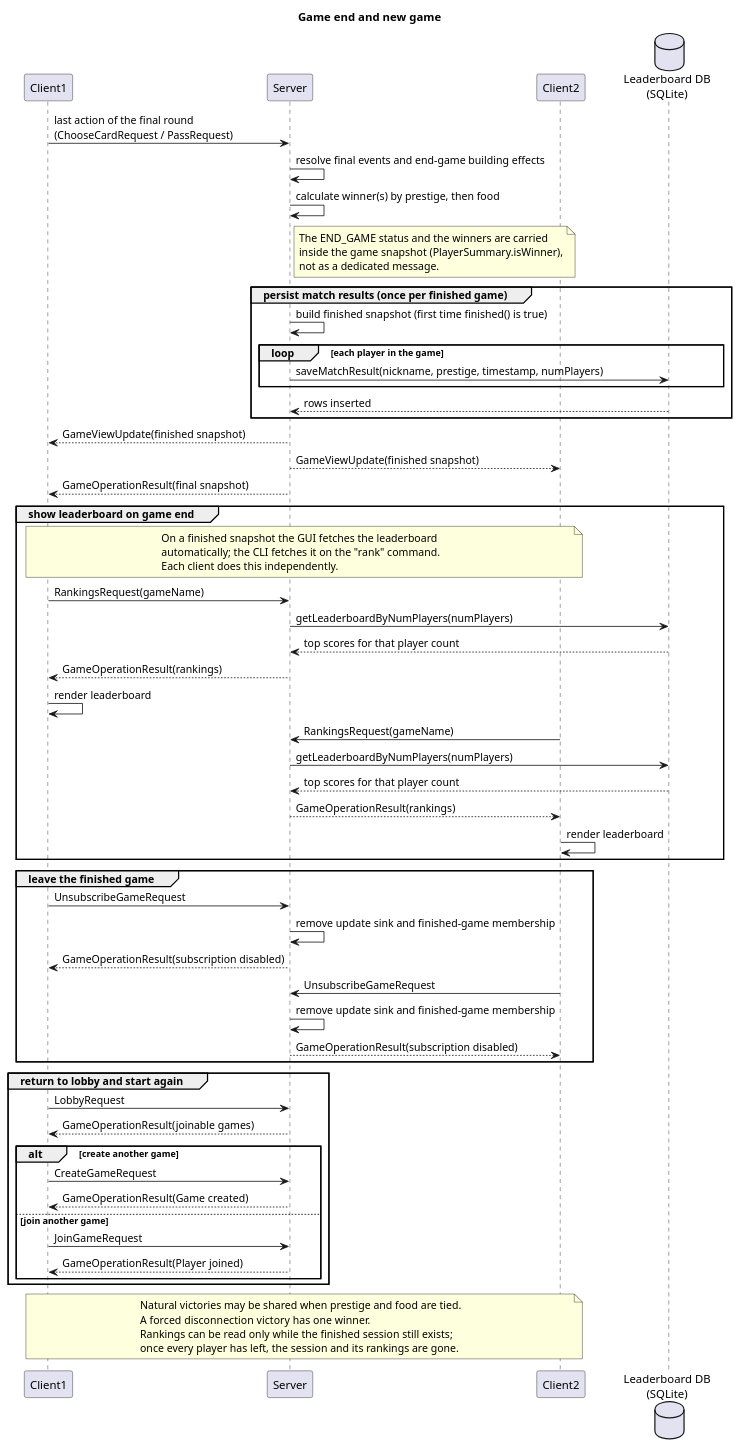
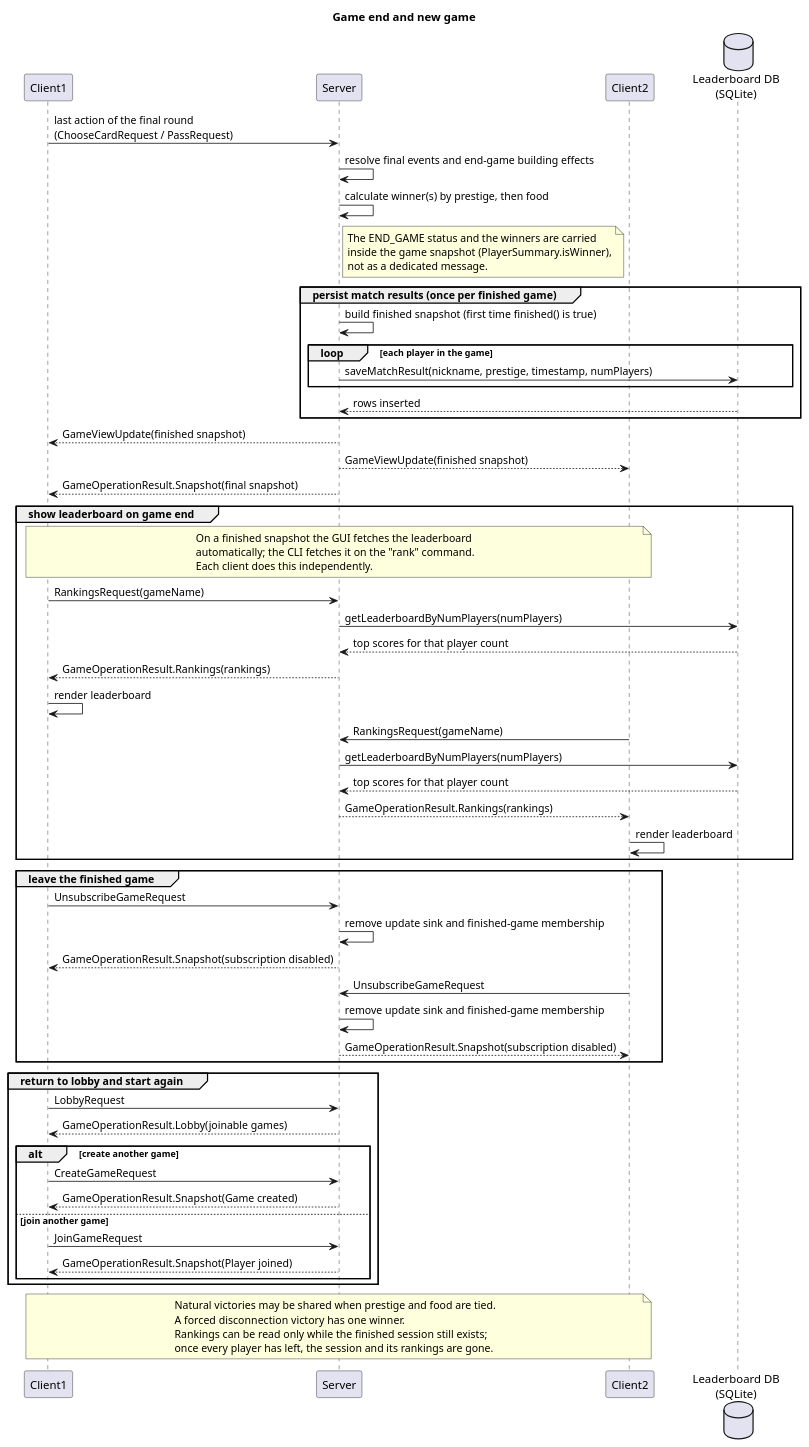
The diagram in UML_Diagram/SequenceDiagrams/09-game-end-and-new-game.puml (matteoroda05/Mesos), drawn with PlantUML before and after one commit. The commit also changed 9 other files, not shown here.

Commit message:
docs(sequence diagrams): update sequence diagrams to reflect new GameOperationResult structure

```diff
--- a/UML_Diagram/SequenceDiagrams/09-game-end-and-new-game.puml
+++ b/UML_Diagram/SequenceDiagrams/09-game-end-and-new-game.puml
@@ -1,82 +1,82 @@
 @startuml
 
 title Game end and new game
 
 participant Client1
 participant Server
 participant Client2
 database "Leaderboard DB\n(SQLite)" as DB
 
 Client1->Server: last action of the final round\n(ChooseCardRequest / PassRequest)
 Server->Server: resolve final events and end-game building effects
 Server->Server: calculate winner(s) by prestige, then food
 
 note right of Server
 The END_GAME status and the winners are carried
 inside the game snapshot (PlayerSummary.isWinner),
 not as a dedicated message.
 end note
 
 group persist match results (once per finished game)
 Server->Server: build finished snapshot (first time finished() is true)
 loop each player in the game
 Server->DB: saveMatchResult(nickname, prestige, timestamp, numPlayers)
 end
 DB-->Server: rows inserted
 end
 
 Server-->Client1: GameViewUpdate(finished snapshot)
 Server-->Client2: GameViewUpdate(finished snapshot)
-Server-->Client1: GameOperationResult(final snapshot)
+Server-->Client1: GameOperationResult.Snapshot(final snapshot)
 
 group show leaderboard on game end
 note over Client1, Client2
 On a finished snapshot the GUI fetches the leaderboard
 automatically; the CLI fetches it on the "rank" command.
 Each client does this independently.
 end note
 
 Client1->Server: RankingsRequest(gameName)
 Server->DB: getLeaderboardByNumPlayers(numPlayers)
 DB-->Server: top scores for that player count
-Server-->Client1: GameOperationResult(rankings)
+Server-->Client1: GameOperationResult.Rankings(rankings)
 Client1->Client1: render leaderboard
 
 Client2->Server: RankingsRequest(gameName)
 Server->DB: getLeaderboardByNumPlayers(numPlayers)
 DB-->Server: top scores for that player count
-Server-->Client2: GameOperationResult(rankings)
+Server-->Client2: GameOperationResult.Rankings(rankings)
 Client2->Client2: render leaderboard
 end
 
 group leave the finished game
 Client1->Server: UnsubscribeGameRequest
 Server->Server: remove update sink and finished-game membership
-Server-->Client1: GameOperationResult(subscription disabled)
+Server-->Client1: GameOperationResult.Snapshot(subscription disabled)
 
 Client2->Server: UnsubscribeGameRequest
 Server->Server: remove update sink and finished-game membership
-Server-->Client2: GameOperationResult(subscription disabled)
+Server-->Client2: GameOperationResult.Snapshot(subscription disabled)
 end
 
 group return to lobby and start again
 Client1->Server: LobbyRequest
-Server-->Client1: GameOperationResult(joinable games)
+Server-->Client1: GameOperationResult.Lobby(joinable games)
 
 alt create another game
 Client1->Server: CreateGameRequest
-Server-->Client1: GameOperationResult(Game created)
+Server-->Client1: GameOperationResult.Snapshot(Game created)
 else join another game
 Client1->Server: JoinGameRequest
-Server-->Client1: GameOperationResult(Player joined)
+Server-->Client1: GameOperationResult.Snapshot(Player joined)
 end
 end
 
 note over Client1, Client2
 Natural victories may be shared when prestige and food are tied.
 A forced disconnection victory has one winner.
 Rankings can be read only while the finished session still exists;
 once every player has left, the session and its rankings are gone.
 end note
 
 @enduml
```
